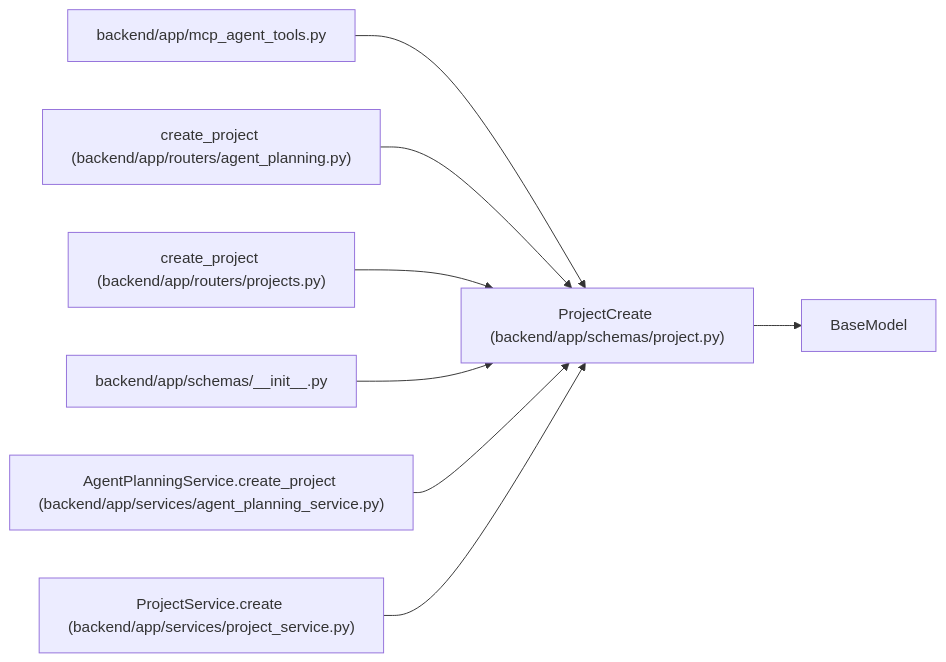
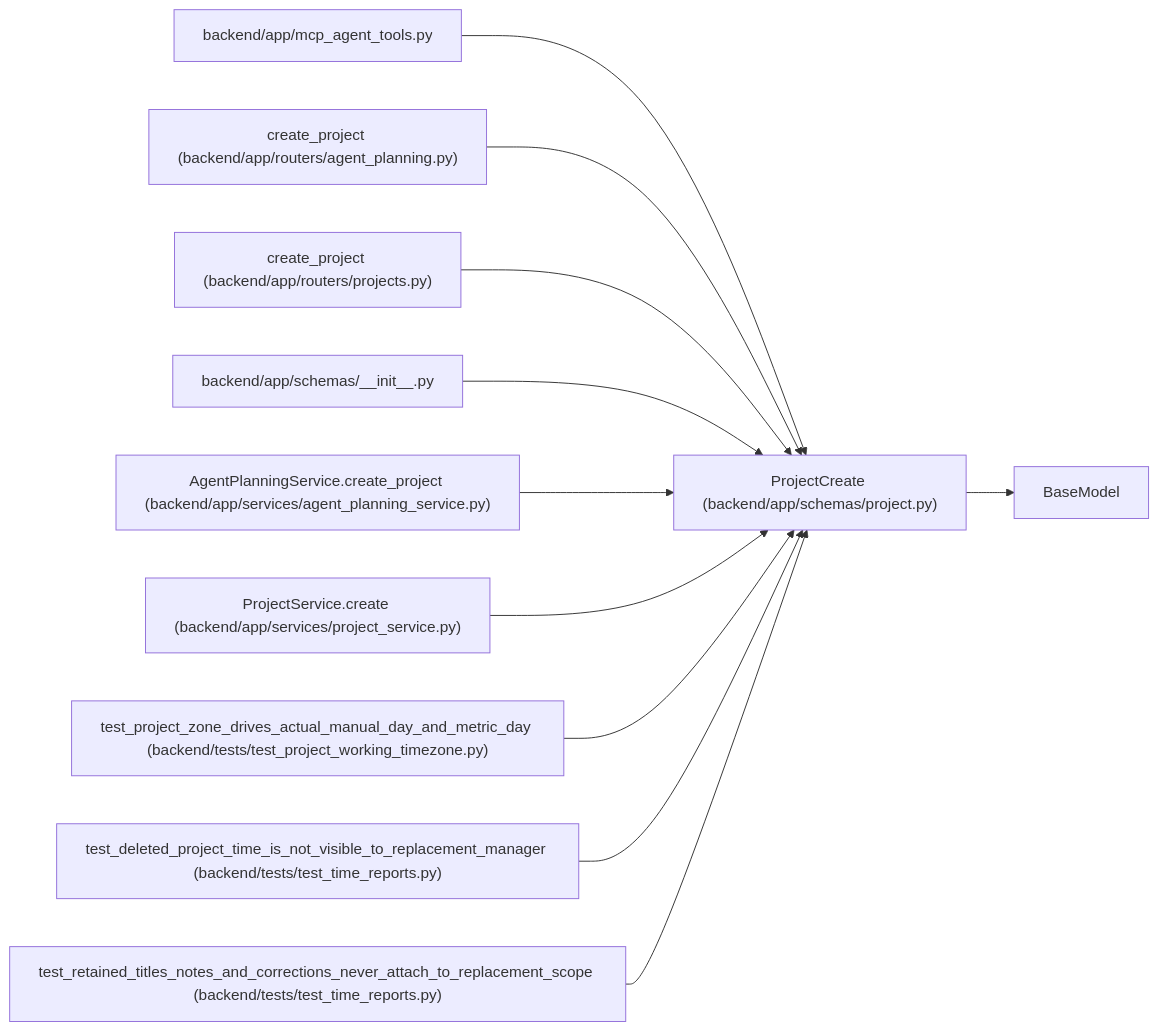
Before and after one commit to Denissvgn/WorkChord: the diagram in docs/llm_wiki/entities/schemas_project_ProjectCreate.md, drawn with Mermaid. The commit also changed other lines of this file and 10148 other files, not shown here.

````diff
--- a/docs/llm_wiki/entities/schemas_project_ProjectCreate.md
+++ b/docs/llm_wiki/entities/schemas_project_ProjectCreate.md
@@ -35,25 +35,34 @@
 ```mermaid
 flowchart LR
     n0["ProjectCreate (backend/app/schemas/project.py)"]
     n1["BaseModel"]
     n2["backend/app/mcp_agent_tools.py"]
     n3["create_project (backend/app/routers/agent_planning.py)"]
     n4["create_project (backend/app/routers/projects.py)"]
     n5["backend/app/schemas/__init__.py"]
     n6["AgentPlanningService.create_project (backend/app/services/agent_planning_service.py)"]
     n7["ProjectService.create (backend/app/services/project_service.py)"]
+    n8["test_project_zone_drives_actual_manual_day_and_metric_day (backend/tests/test_project_working_timezone.py)"]
+    n9["test_deleted_project_time_is_not_visible_to_replacement_manager (backend/tests/test_time_reports.py)"]
+    n10["test_retained_titles_notes_and_corrections_never_attach_to_replacement_scope (backend/tests/test_time_reports.py)"]
     n0 --> n1
     n2 --> n0
     n3 --> n0
     n4 --> n0
     n5 --> n0
     n6 --> n0
     n7 --> n0
+    n8 --> n0
+    n9 --> n0
+    n10 --> n0
     click n0 "../modules/schemas_project.md"
     click n2 "../modules/mcp_agent_tools.md"
     click n3 "../modules/routers_agent_planning.md"
     click n4 "../modules/projects.md"
     click n5 "../modules/schemas___init__.md"
     click n6 "../modules/agent_planning_service.md"
     click n7 "../modules/project_service.md"
+    click n8 "../modules/test_project_working_timezone.md"
+    click n9 "../modules/test_time_reports.md"
+    click n10 "../modules/test_time_reports.md"
 ```
````
